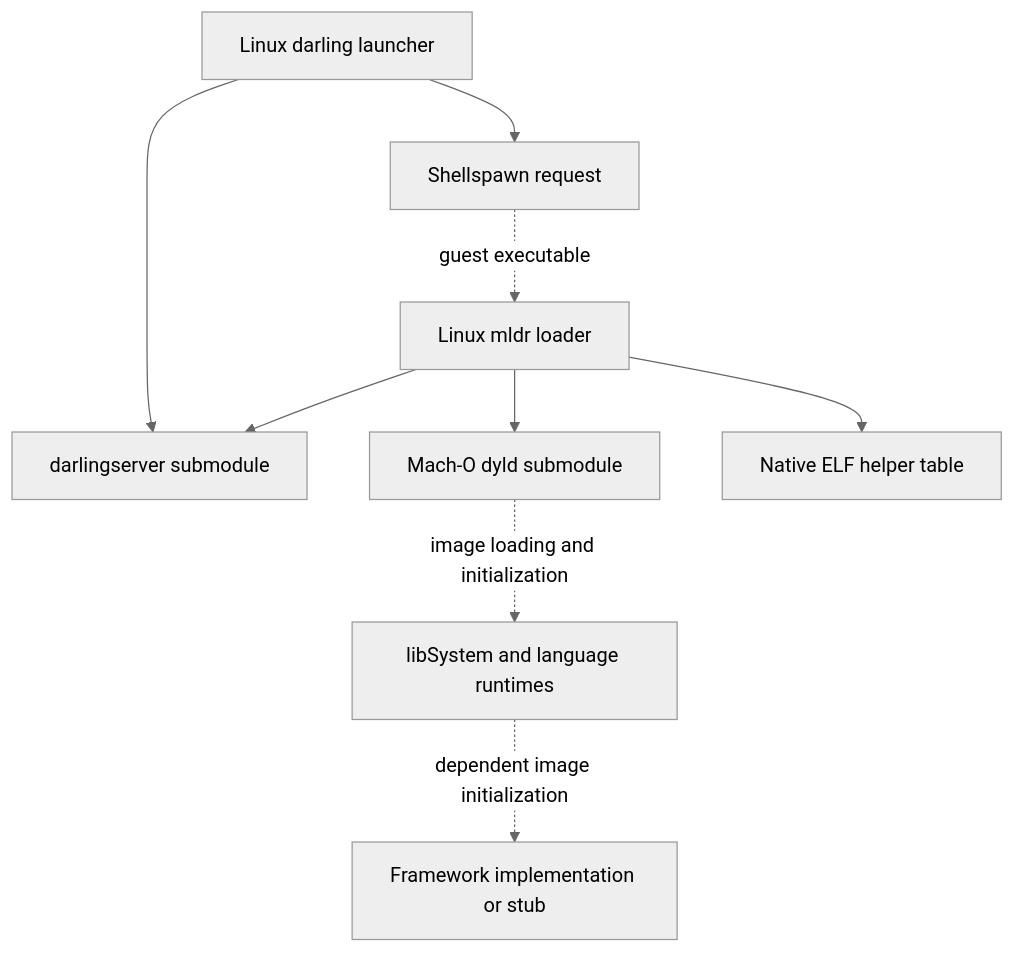
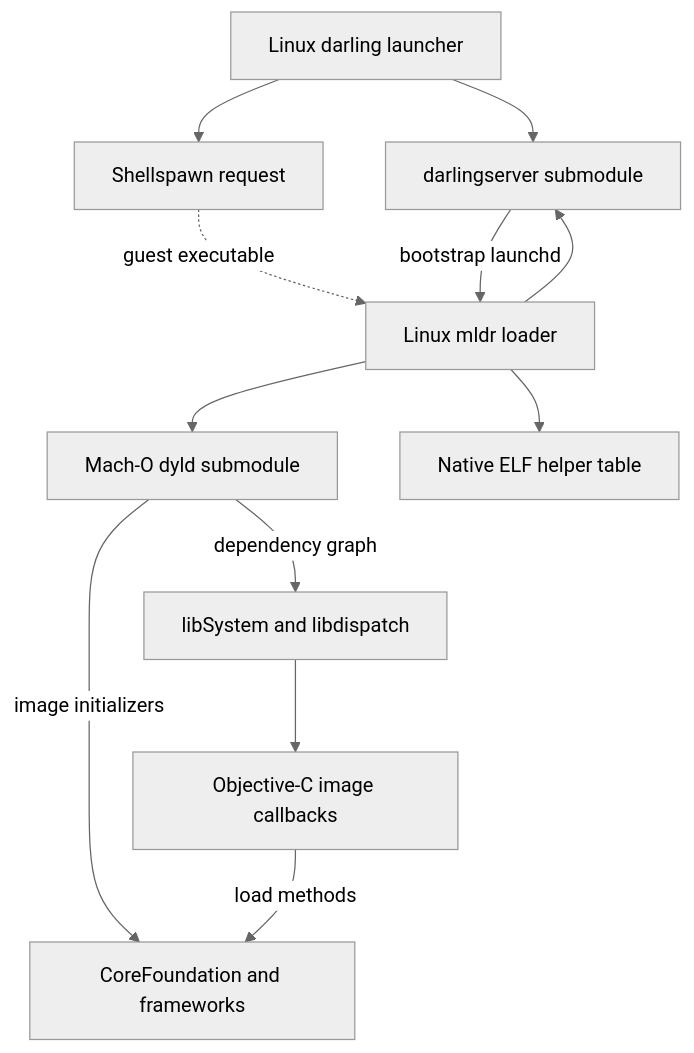
The diagram in docs/compat/logic-pro/source-map.md (boop-bip80/LINUX-LOGIC-PRO), drawn with Mermaid (neutral theme) before and after one commit. The commit also changed other lines of this file and 16 other files, not shown here.

````diff
--- a/docs/compat/logic-pro/source-map.md
+++ b/docs/compat/logic-pro/source-map.md
@@ -17,11 +19,14 @@
 ```mermaid
 flowchart TD
     L["Linux darling launcher"] --> S["darlingserver submodule"]
     L --> Q["Shellspawn request"]
     Q -. "guest executable" .-> M["Linux mldr loader"]
     M --> D["Mach-O dyld submodule"]
     M --> E["Native ELF helper table"]
     M --> S
-    D -. "image loading and initialization" .-> R["libSystem and language runtimes"]
-    R -. "dependent image initialization" .-> F["Framework implementation or stub"]
+    S --> |"bootstrap launchd"| M
+    D --> |"dependency graph"| R["libSystem and libdispatch"]
+    R --> O["Objective-C image callbacks"]
+    D --> |"image initializers"| F["CoreFoundation and frameworks"]
+    O --> |"load methods"| F
 ```
````
